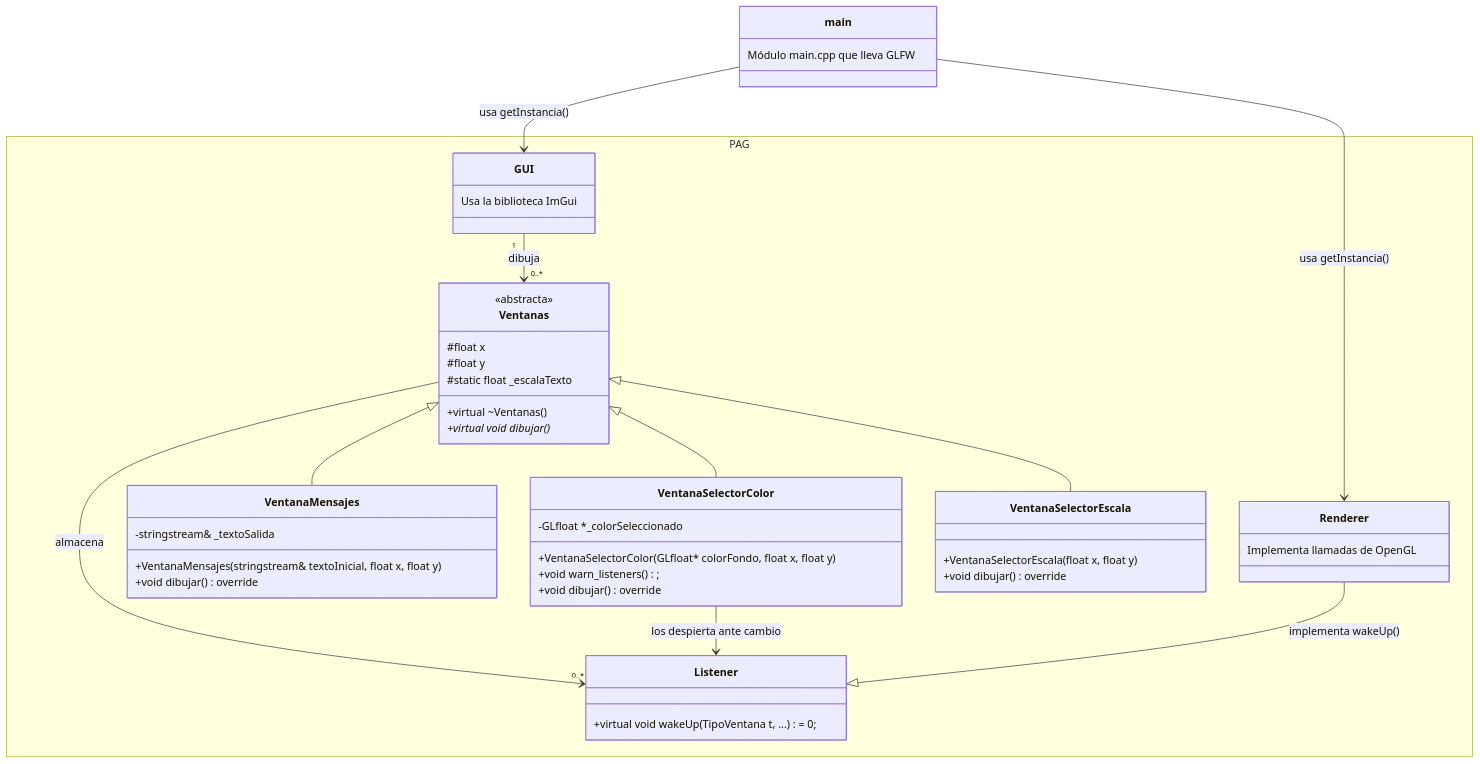
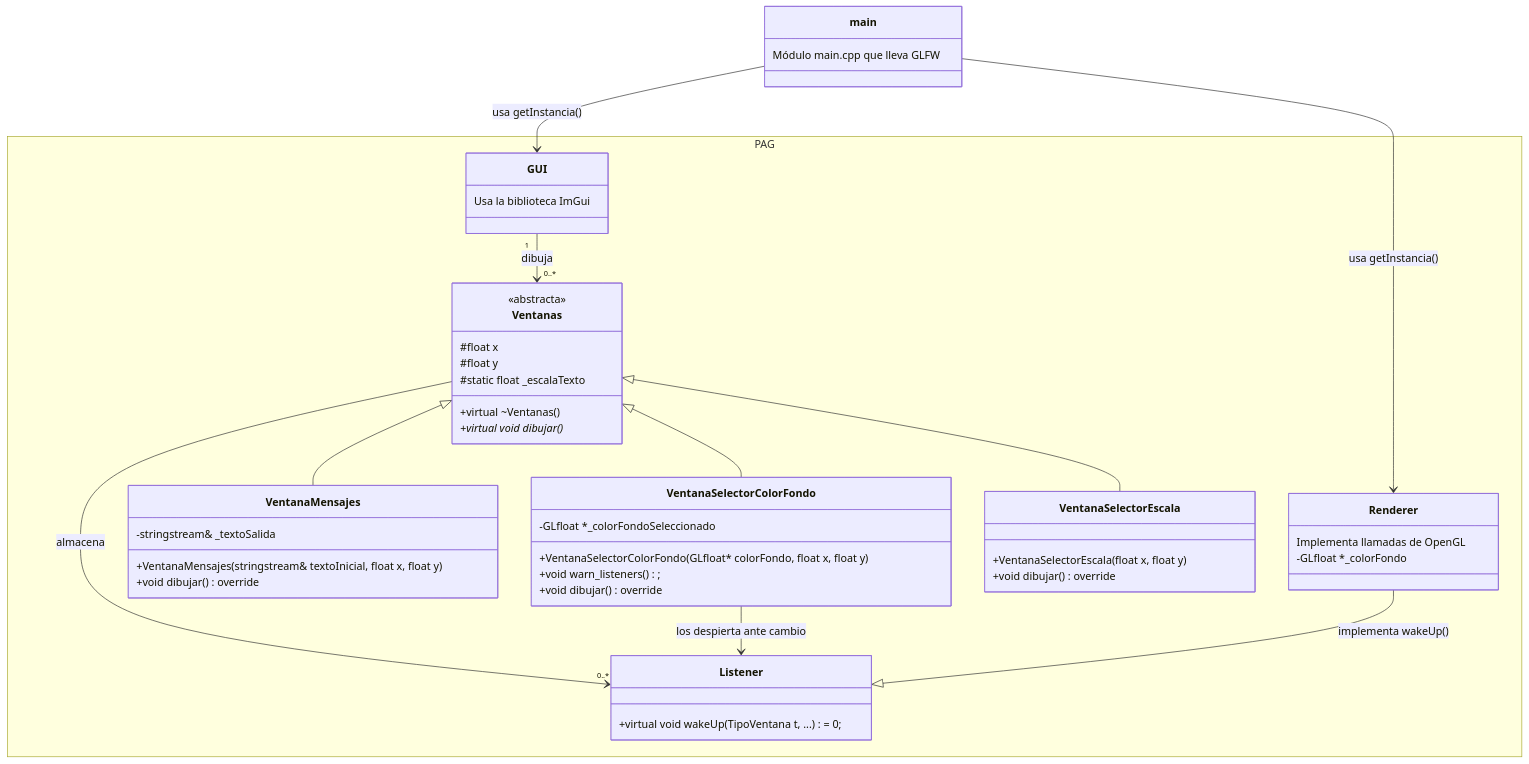
The third of 3 diagrams in README.md (thebestraser1/PAG-26-27-Raul-Fernandez), drawn with Mermaid before and after one commit. The commit also changed other lines of this file and 6 other files, not shown here.

````diff
--- a/README.md
+++ b/README.md
@@ -535,62 +517,63 @@
 ```mermaid
 classDiagram
     namespace PAG {
 
         class Renderer {
             Implementa llamadas de OpenGL
+            -GLfloat *_colorFondo
         }
 
         class GUI { 
             Usa la biblioteca ImGui
         }
 
         class Ventanas {
             <<abstracta>>
             #float x
             #float y
             #static float _escalaTexto
             +virtual ~Ventanas()
             +virtual void dibujar()*
         }
 
         class VentanaMensajes {
             -stringstream& _textoSalida
             +VentanaMensajes(stringstream& textoInicial, float x, float y)
             +void dibujar() override
         }
 
-        class VentanaSelectorColor {
-            -GLfloat *_colorSeleccionado
-            +VentanaSelectorColor(GLfloat* colorFondo, float x, float y)
+        class VentanaSelectorColorFondo {
+            -GLfloat *_colorFondoSeleccionado
+            +VentanaSelectorColorFondo(GLfloat* colorFondo, float x, float y)
             +void warn_listeners();
             +void dibujar() override
         }
 
         class VentanaSelectorEscala {
             +VentanaSelectorEscala(float x, float y)
             +void dibujar() override
         }
 
         class Listener {
             +virtual void wakeUp ( TipoVentana t, ... ) = 0;
         }
     }
 
     class main {
         Módulo main.cpp que lleva GLFW
     }
 
     Ventanas --> "0..*" Listener : almacena
 
     Ventanas <|-- VentanaMensajes
-    Ventanas <|-- VentanaSelectorColor
+    Ventanas <|-- VentanaSelectorColorFondo
     Ventanas <|-- VentanaSelectorEscala
 
     GUI "1" --> "0..*" Ventanas : dibuja
     
-    VentanaSelectorColor --> Listener : los despierta ante cambio
+    VentanaSelectorColorFondo --> Listener : los despierta ante cambio
 
     main --> Renderer : usa getInstancia()
     main --> GUI : usa getInstancia()
     Renderer --|> Listener : implementa wakeUp()
 ```
````
